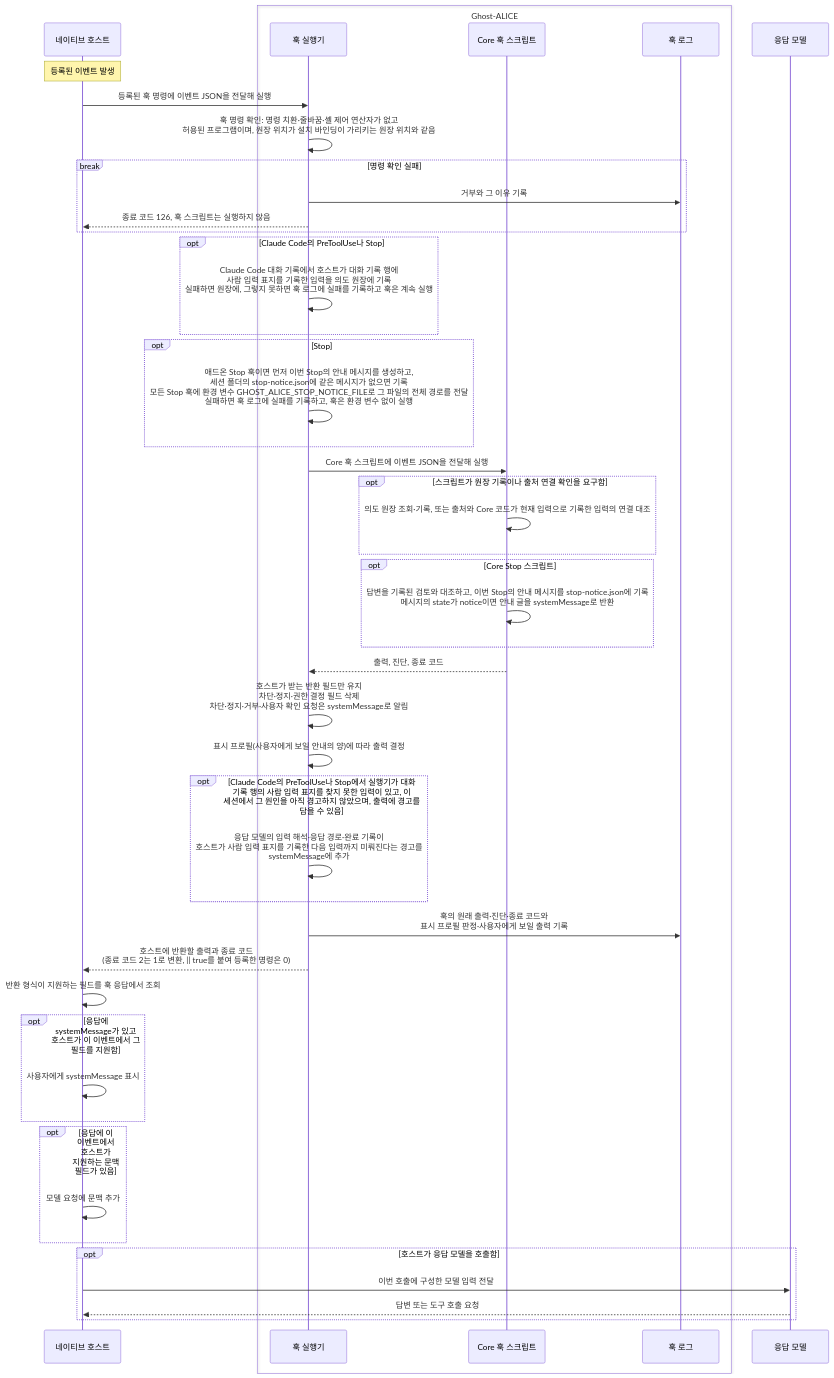
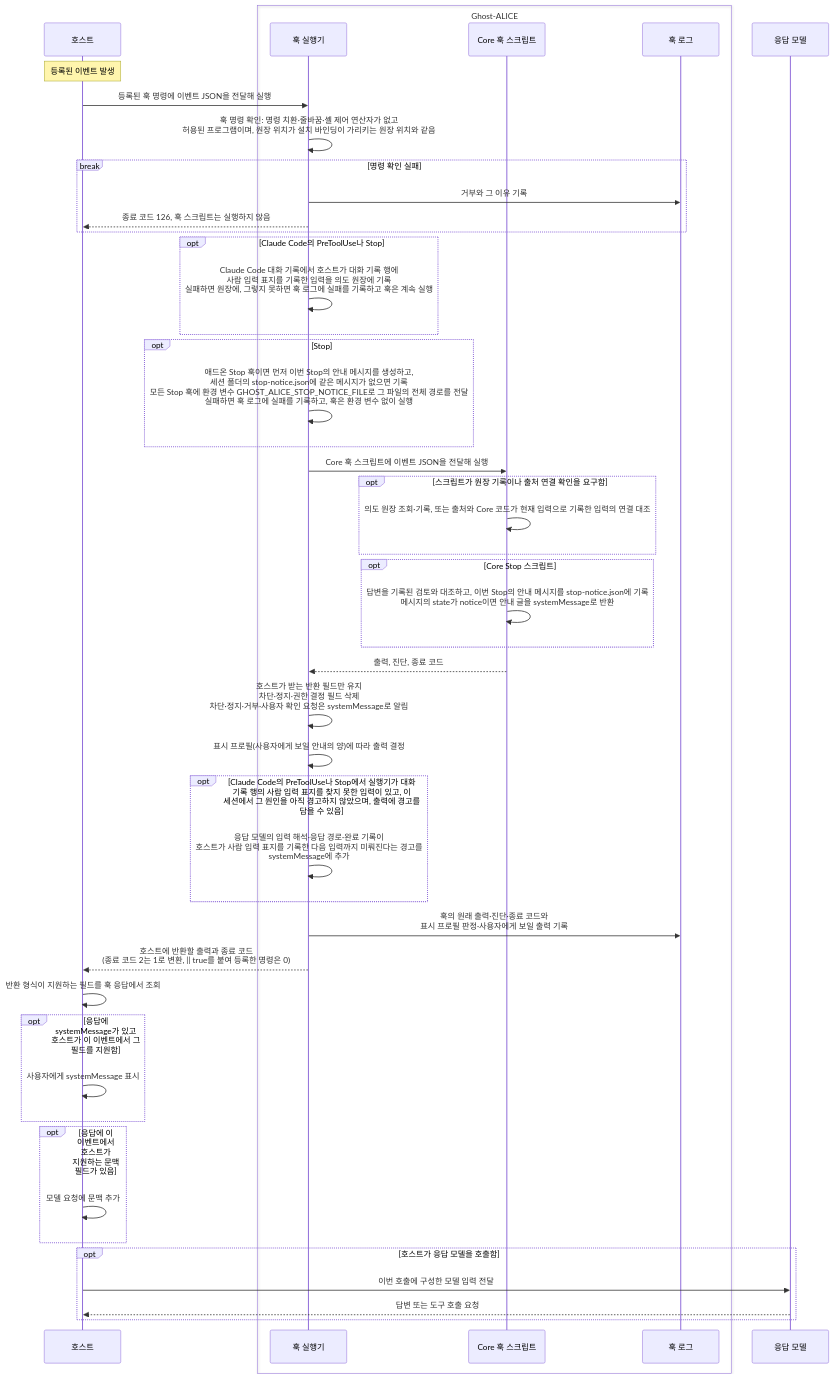
One commit to AidALL/ghost-alice changed the third of 7 diagrams in architecture_ko.md. Above: the diagram before and after it, drawn with Mermaid. The commit also changed other lines of this file and 135 other files, not shown here.

````diff
--- a/architecture_ko.md
+++ b/architecture_ko.md
@@ -82,50 +82,50 @@
 ```mermaid
 sequenceDiagram
-  participant H as 네이티브 호스트
+  participant H as 호스트
   box Ghost-ALICE
     participant R as 훅 실행기
     participant C as Core 훅 스크립트
     participant L as 훅 로그
   end
   participant M as 응답 모델
 
   Note over H: 등록된 이벤트 발생
   H->>R: 등록된 훅 명령에 이벤트 JSON을 전달해 실행
   R->>R: 훅 명령 확인: 명령 치환·줄바꿈·셸 제어 연산자가 없고<br/>허용된 프로그램이며, 원장 위치가 설치 바인딩이 가리키는 원장 위치와 같음
   break 명령 확인 실패
     R->>L: 거부와 그 이유 기록
     R-->>H: 종료 코드 126, 훅 스크립트는 실행하지 않음
   end
   opt Claude Code의 PreToolUse나 Stop
     R->>R: Claude Code 대화 기록에서 호스트가 대화 기록 행에<br/>사람 입력 표지를 기록한 입력을 의도 원장에 기록<br/>실패하면 원장에, 그렇지 못하면 훅 로그에 실패를 기록하고 훅은 계속 실행
   end
   opt Stop
     R->>R: 애드온 Stop 훅이면 먼저 이번 Stop의 안내 메시지를 생성하고,<br/>세션 폴더의 stop-notice.json에 같은 메시지가 없으면 기록<br/>모든 Stop 훅에 환경 변수 GHOST_ALICE_STOP_NOTICE_FILE로 그 파일의 전체 경로를 전달<br/>실패하면 훅 로그에 실패를 기록하고, 훅은 환경 변수 없이 실행
   end
   R->>C: Core 훅 스크립트에 이벤트 JSON을 전달해 실행
   opt 스크립트가 원장 기록이나 출처 연결 확인을 요구함
     C->>C: 의도 원장 조회·기록, 또는 출처와 Core 코드가 현재 입력으로 기록한 입력의 연결 대조
   end
   opt Core Stop 스크립트
     C->>C: 답변을 기록된 검토와 대조하고, 이번 Stop의 안내 메시지를 stop-notice.json에 기록<br/>메시지의 state가 notice이면 안내 글을 systemMessage로 반환
   end
   C-->>R: 출력, 진단, 종료 코드
   R->>R: 호스트가 받는 반환 필드만 유지<br/>차단·정지·권한 결정 필드 삭제<br/>차단·정지·거부·사용자 확인 요청은 systemMessage로 알림
   R->>R: 표시 프로필(사용자에게 보일 안내의 양)에 따라 출력 결정
   opt Claude Code의 PreToolUse나 Stop에서 실행기가 대화 기록 행의 사람 입력 표지를 찾지 못한 입력이 있고, 이 세션에서 그 원인을 아직 경고하지 않았으며, 출력에 경고를 담을 수 있음
     R->>R: 응답 모델의 입력 해석·응답 경로·완료 기록이<br/>호스트가 사람 입력 표지를 기록한 다음 입력까지 미뤄진다는 경고를<br/>systemMessage에 추가
   end
   R->>L: 훅의 원래 출력·진단·종료 코드와<br/>표시 프로필 판정·사용자에게 보일 출력 기록
   R-->>H: 호스트에 반환할 출력과 종료 코드<br/>(종료 코드 2는 1로 변환, || true를 붙여 등록한 명령은 0)
   H->>H: 반환 형식이 지원하는 필드를 훅 응답에서 조회
   opt 응답에 systemMessage가 있고 호스트가 이 이벤트에서 그 필드를 지원함
     H->>H: 사용자에게 systemMessage 표시
   end
   opt 응답에 이 이벤트에서 호스트가 지원하는 문맥 필드가 있음
     H->>H: 모델 요청에 문맥 추가
   end
   opt 호스트가 응답 모델을 호출함
     H->>M: 이번 호출에 구성한 모델 입력 전달
     M-->>H: 답변 또는 도구 호출 요청
   end
 ```
````
